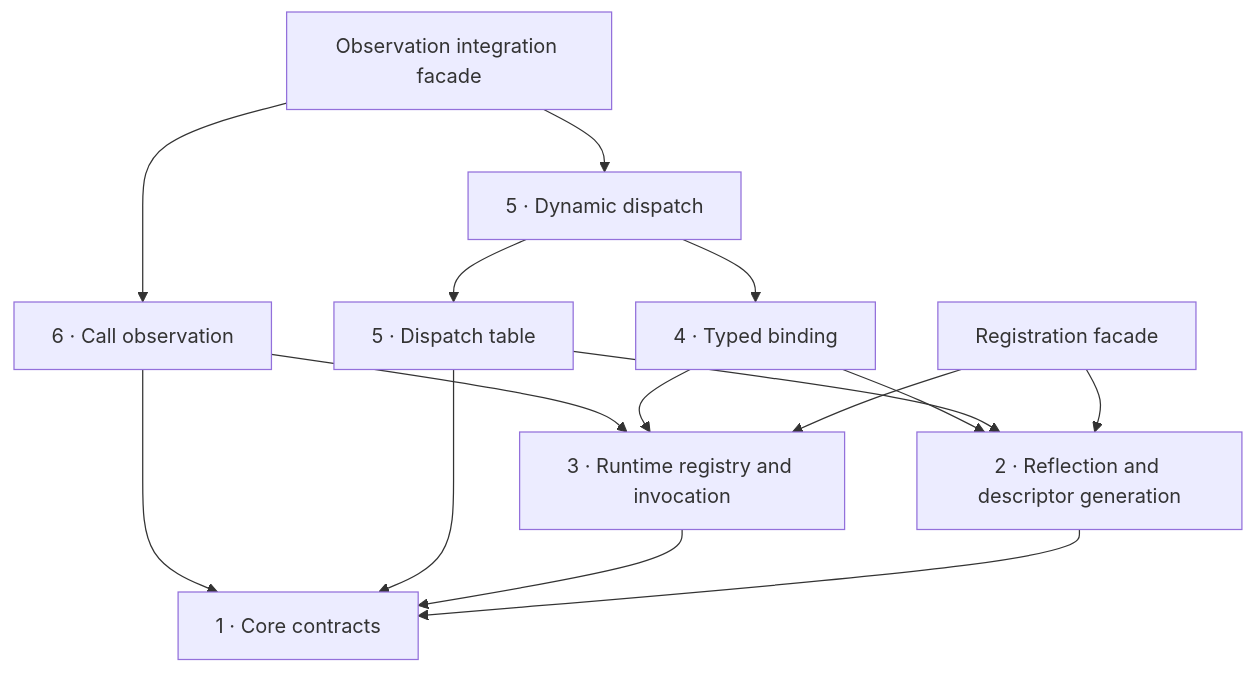
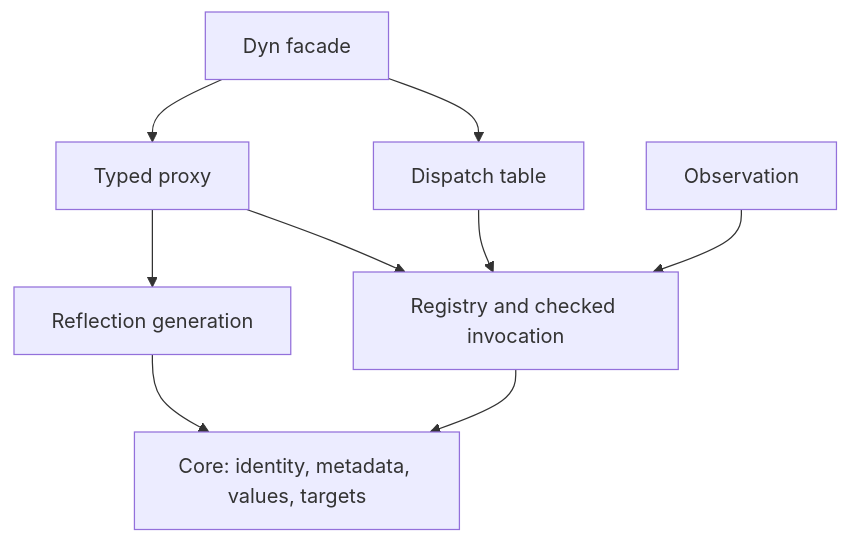
Before and after one commit to w2xel/refl: the diagram in docs/content/architecture/index.md, drawn with Mermaid. The commit also changed other lines of this file and 30 other files, not shown here.

Commit message:
docs: consolidate architecture and source usage examples from tests

````diff
--- a/docs/content/architecture/index.md
+++ b/docs/content/architecture/index.md
@@ -94,17 +6,12 @@
 ```mermaid
-flowchart TB
-    H["6 · Call observation"] --> R["3 · Runtime registry and invocation"]
-    H --> C["1 · Core contracts"]
-    O["Observation integration facade"] --> H
-    O --> D["5 · Dynamic dispatch"]
-    D --> P["4 · Typed binding"]
-    D --> S["5 · Dispatch table"]
-    P --> R
-    P --> G["2 · Reflection and descriptor generation"]
-    S --> C
-    S --> G
-    R --> C
-    G --> C
-    A["Registration facade"] --> G
-    A --> R
+flowchart TD
+    C[Core: identity, metadata, values, targets]
+    R[Registry and checked invocation] --> C
+    G[Reflection generation] --> C
+    D[Dispatch table] --> R
+    P[Typed proxy] --> R
+    P --> G
+    F[Dyn facade] --> D
+    F --> P
+    O[Observation] --> R
 ```
````
